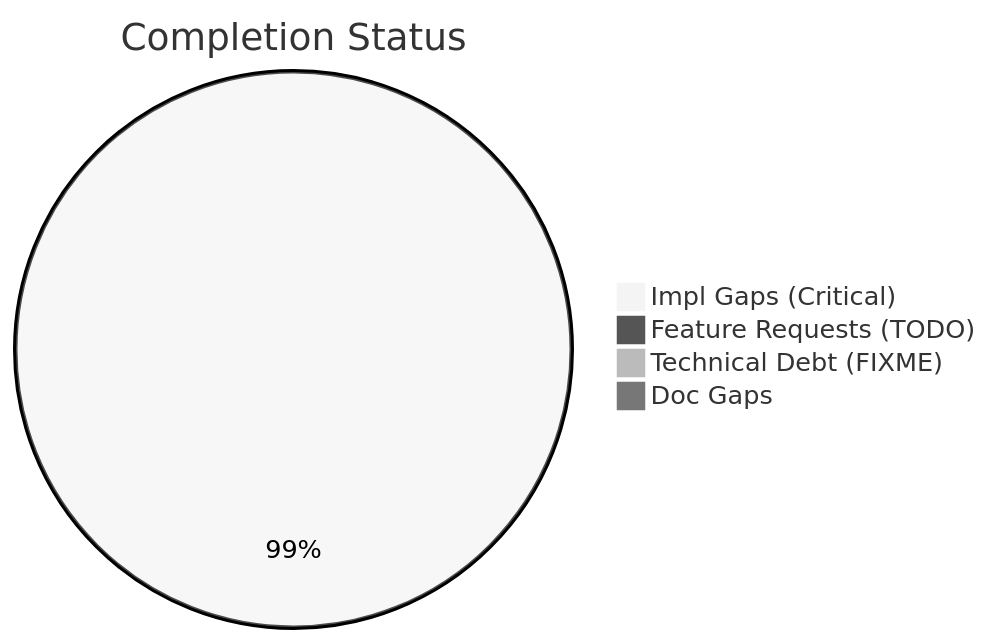
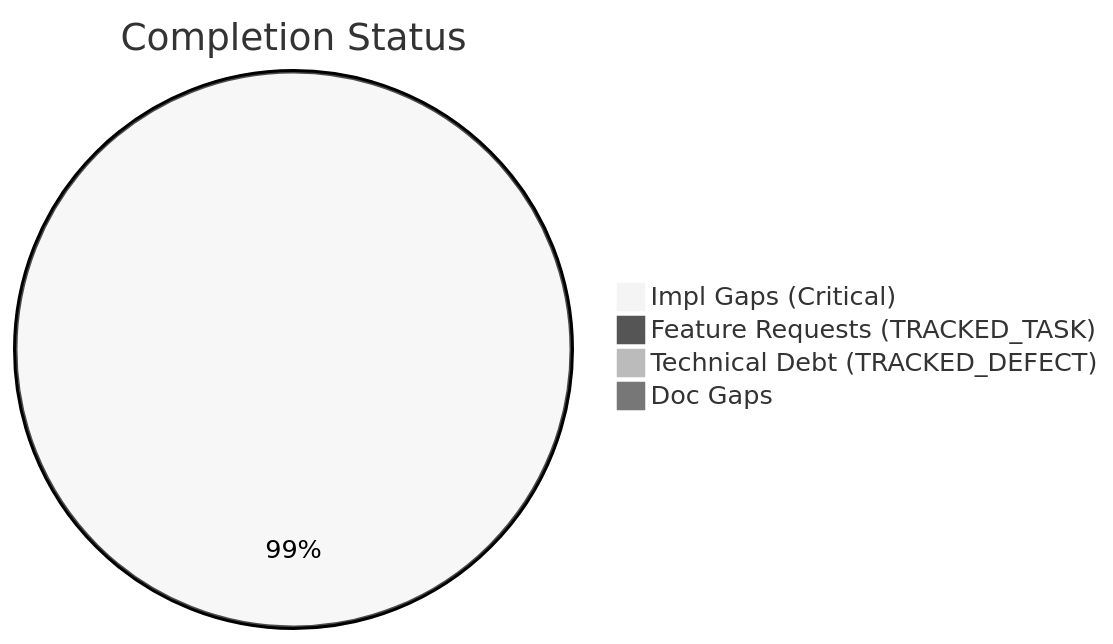
Before and after one commit to D-sorganization/Tools: the first of 2 diagrams in docs/assessments/completist/Completist_Report_2026-03-12.md, drawn with Mermaid (neutral theme). The commit also changed other lines of this file and 101 other files, not shown here.

````diff
--- a/docs/assessments/completist/Completist_Report_2026-03-12.md
+++ b/docs/assessments/completist/Completist_Report_2026-03-12.md
@@ -11,7 +11,7 @@
 ```mermaid
 pie title Completion Status
     "Impl Gaps (Critical)" : 2083
-    "Feature Requests (TODO)" : 19
-    "Technical Debt (FIXME)" : 4
+    "Feature Requests (TRACKED_TASK)" : 19
+    "Technical Debt (TRACKED_DEFECT)" : 4
     "Doc Gaps" : 0
 ```
````
